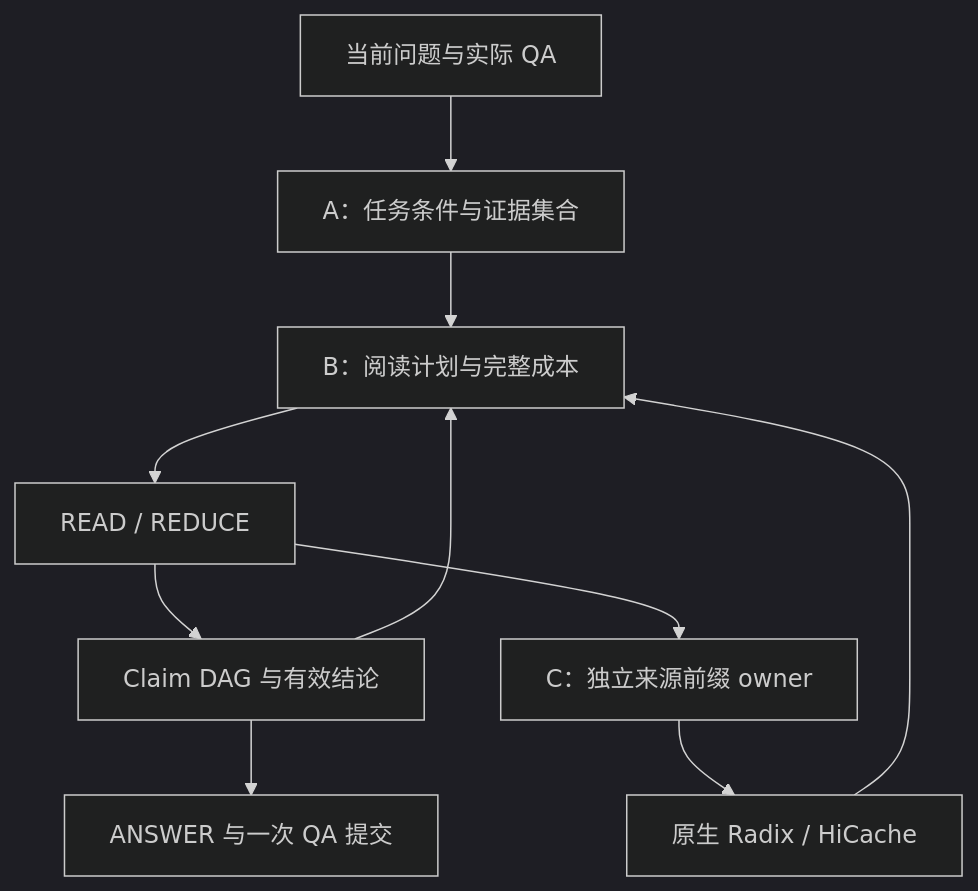
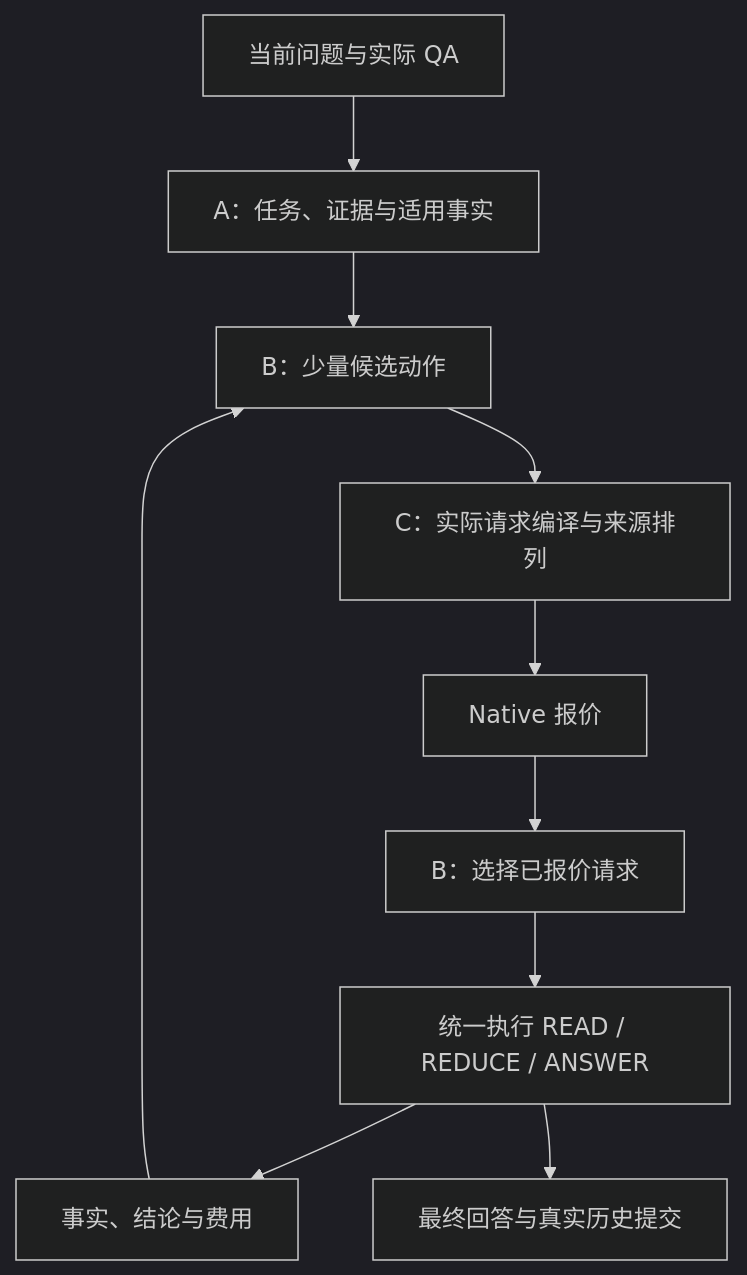
One commit to issaddy/ContextKV changed the diagram in docs/architecture.md. Above: the diagram before and after it, drawn with Mermaid (dark theme). The commit also changed other lines of this file and 62 other files, not shown here.

````diff
--- a/docs/architecture.md
+++ b/docs/architecture.md
@@ -7,12 +7,12 @@
 ```mermaid
 flowchart TD
-    H["当前问题与实际 QA"] --> A["A：任务条件与证据集合"]
-    A --> B["B：阅读计划与完整成本"]
-    B --> R["READ / REDUCE"]
-    R --> G["Claim DAG 与有效结论"]
+    H["当前问题与实际 QA"] --> A["A：任务、证据与适用事实"]
+    A --> B["B：少量候选动作"]
+    B --> C["C：实际请求编译与来源排列"]
+    C --> N["Native 报价"]
+    N --> S["B：选择已报价请求"]
+    S --> R["统一执行 READ / REDUCE / ANSWER"]
+    R --> G["事实、结论与费用"]
     G --> B
-    G --> F["ANSWER 与一次 QA 提交"]
-    R --> C["C：独立来源前缀 owner"]
-    C --> N["原生 Radix / HiCache"]
-    N --> B
+    R --> F["最终回答与真实历史提交"]
 ```
````
